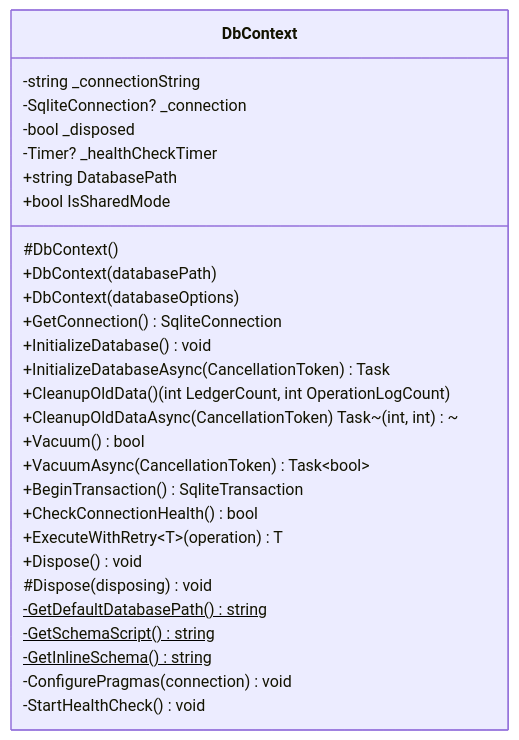
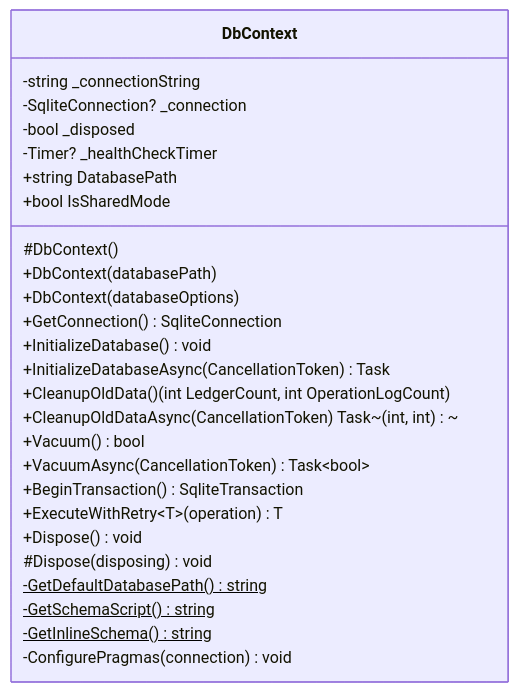
One commit to kuwayamamasayuki/ICCardManager changed the seventh of 44 diagrams in ICCardManager/docs/design/05_クラス設計書.md. Above: the diagram before and after it, drawn with Mermaid. The commit also changed other lines of this file and 6 other files, not shown here.

````diff
--- a/ICCardManager/docs/design/05_クラス設計書.md
+++ b/ICCardManager/docs/design/05_クラス設計書.md
@@ -472,31 +472,29 @@
 ```mermaid
 classDiagram
     class DbContext {
         -string _connectionString
         -SqliteConnection? _connection
         -bool _disposed
         -Timer? _healthCheckTimer
         +string DatabasePath
         +bool IsSharedMode
         #DbContext()
         +DbContext(databasePath)
         +DbContext(databaseOptions)
         +GetConnection() SqliteConnection
         +InitializeDatabase() void
         +InitializeDatabaseAsync(CancellationToken) Task
         +CleanupOldData() (int LedgerCount, int OperationLogCount)
         +CleanupOldDataAsync(CancellationToken) Task~(int, int)~
         +Vacuum() bool
         +VacuumAsync(CancellationToken) Task~bool~
         +BeginTransaction() SqliteTransaction
-        +CheckConnectionHealth() bool
         +ExecuteWithRetry~T~(operation) T
         +Dispose() void
         #Dispose(disposing) void
         -GetDefaultDatabasePath()$ string
         -GetSchemaScript()$ string
         -GetInlineSchema()$ string
         -ConfigurePragmas(connection) void
-        -StartHealthCheck() void
     }
 ```
````
